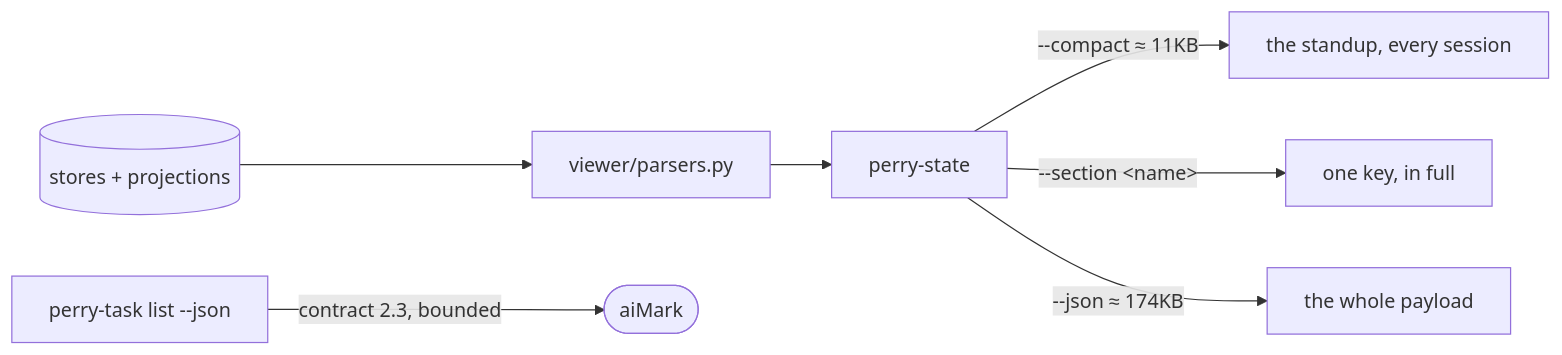
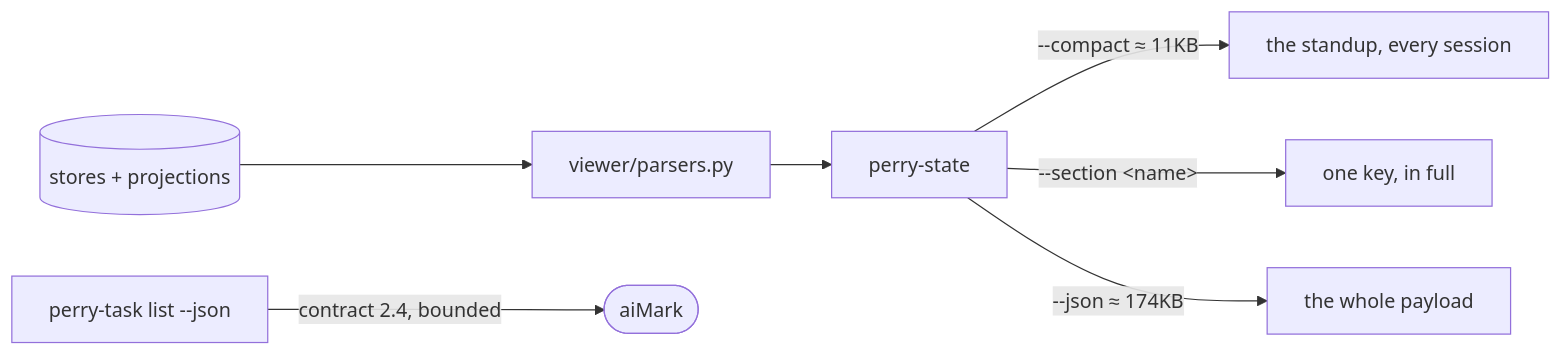
Before and after one commit to ranjiao/Perry: the third of 3 diagrams in ARCHITECTURE.md, drawn with Mermaid. The commit also changed other lines of this file and 1 other file, not shown here.

First line of the commit message:
ARCHITECTURE.md NN-2 and section 5 after TASK-262 retired a held BOARD.md (user-confirmed); bin/README board reads SURFACE (F3)

````diff
--- a/ARCHITECTURE.md
+++ b/ARCHITECTURE.md
@@ -166,9 +167,9 @@
 ```mermaid
 flowchart LR
     State[("stores + projections")] --> P["viewer/parsers.py"]
     P --> S["perry-state"]
     S -->|"--compact ≈ 11KB"| Standup["the standup, every session"]
     S -->|"--section &lt;name&gt;"| Detail["one key, in full"]
     S -->|"--json ≈ 174KB"| Whole["the whole payload"]
-    T["perry-task list --json"] -->|"contract 2.3, bounded"| Outside([aiMark])
+    T["perry-task list --json"] -->|"contract 2.4, bounded"| Outside([aiMark])
 ```
````
